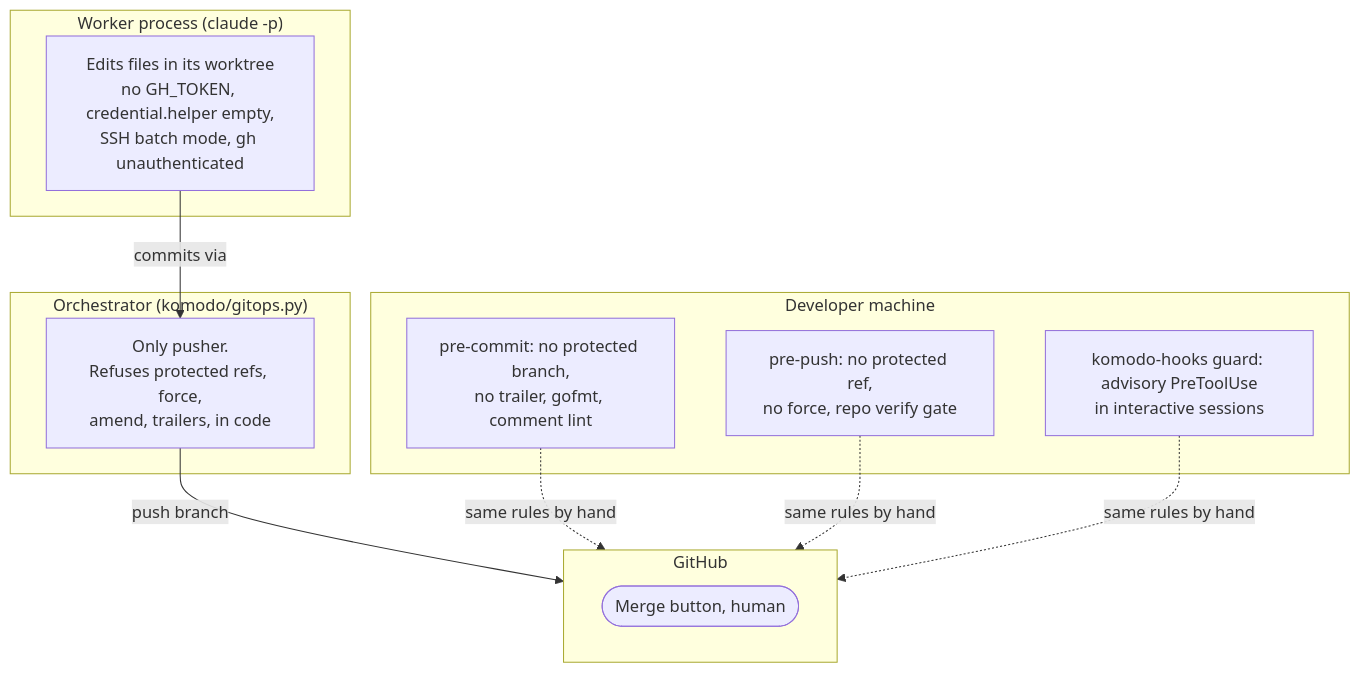
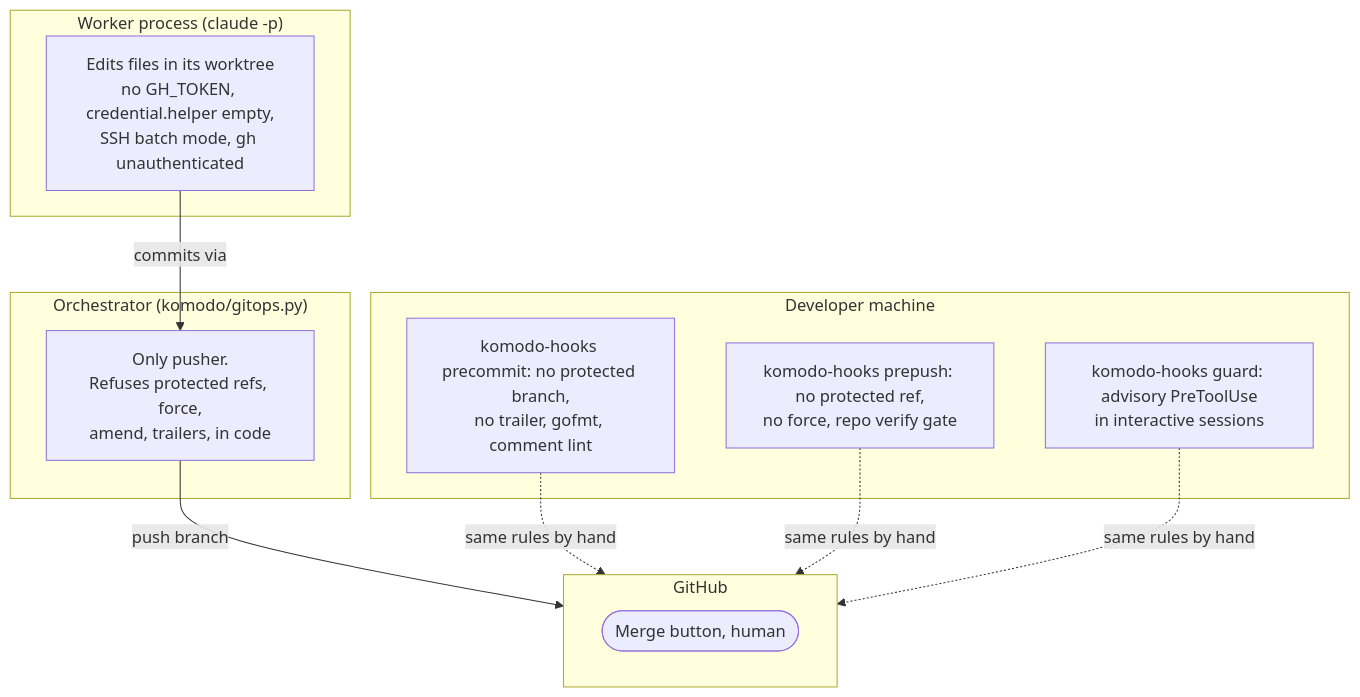
One commit to rdevitto86/komodo-agentic-factory-coding changed the second of 2 diagrams in README.md. Above: the diagram before and after it, drawn with Mermaid. The commit also changed other lines of this file and 32 other files, not shown here.

````diff
--- a/README.md
+++ b/README.md
@@ -78,19 +78,19 @@
 ```mermaid
 flowchart TB
     subgraph Worker["Worker process (claude -p)"]
         W[Edits files in its worktree<br/>no GH_TOKEN, credential.helper empty,<br/>SSH batch mode, gh unauthenticated]
     end
     subgraph Orchestrator["Orchestrator (komodo/gitops.py)"]
         O[Only pusher.<br/>Refuses protected refs, force,<br/>amend, trailers, in code]
     end
     subgraph Machine["Developer machine"]
-        H1[pre-commit: no protected branch,<br/>no trailer, gofmt, comment lint]
-        H2[pre-push: no protected ref,<br/>no force, repo verify gate]
+        H1[komodo-hooks precommit: no protected branch,<br/>no trailer, gofmt, comment lint]
+        H2[komodo-hooks prepush: no protected ref,<br/>no force, repo verify gate]
         G[komodo-hooks guard: advisory PreToolUse<br/>in interactive sessions]
     end
     subgraph GitHub
         M([Merge button, human])
     end
     W -->|commits via| O -->|push branch| GitHub
     H1 & H2 & G -.->|same rules by hand| GitHub
 ```
````
